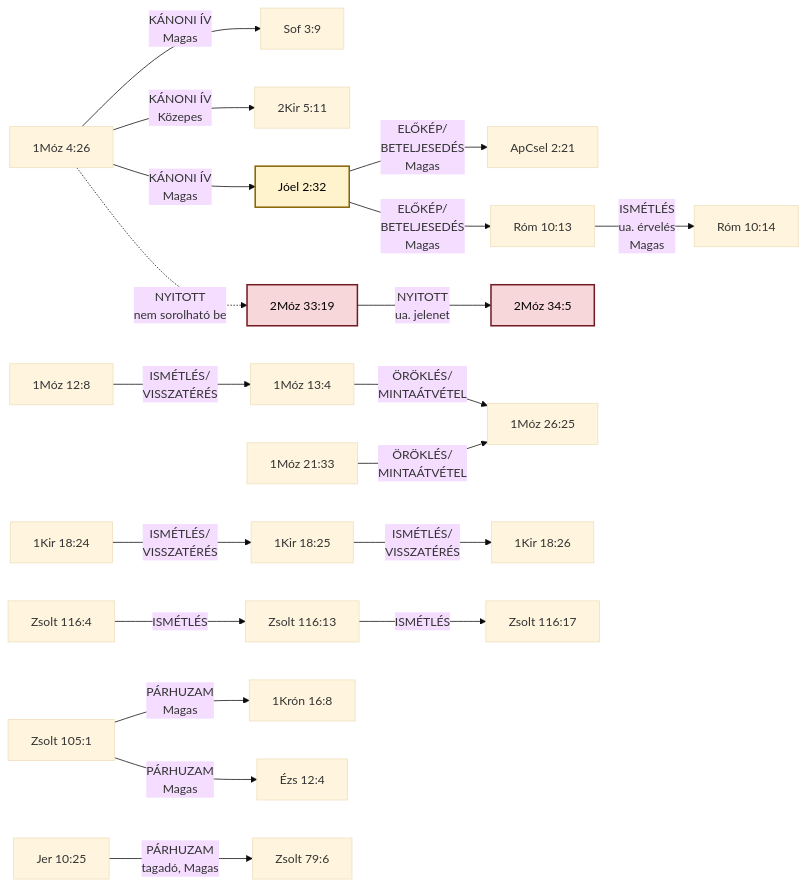
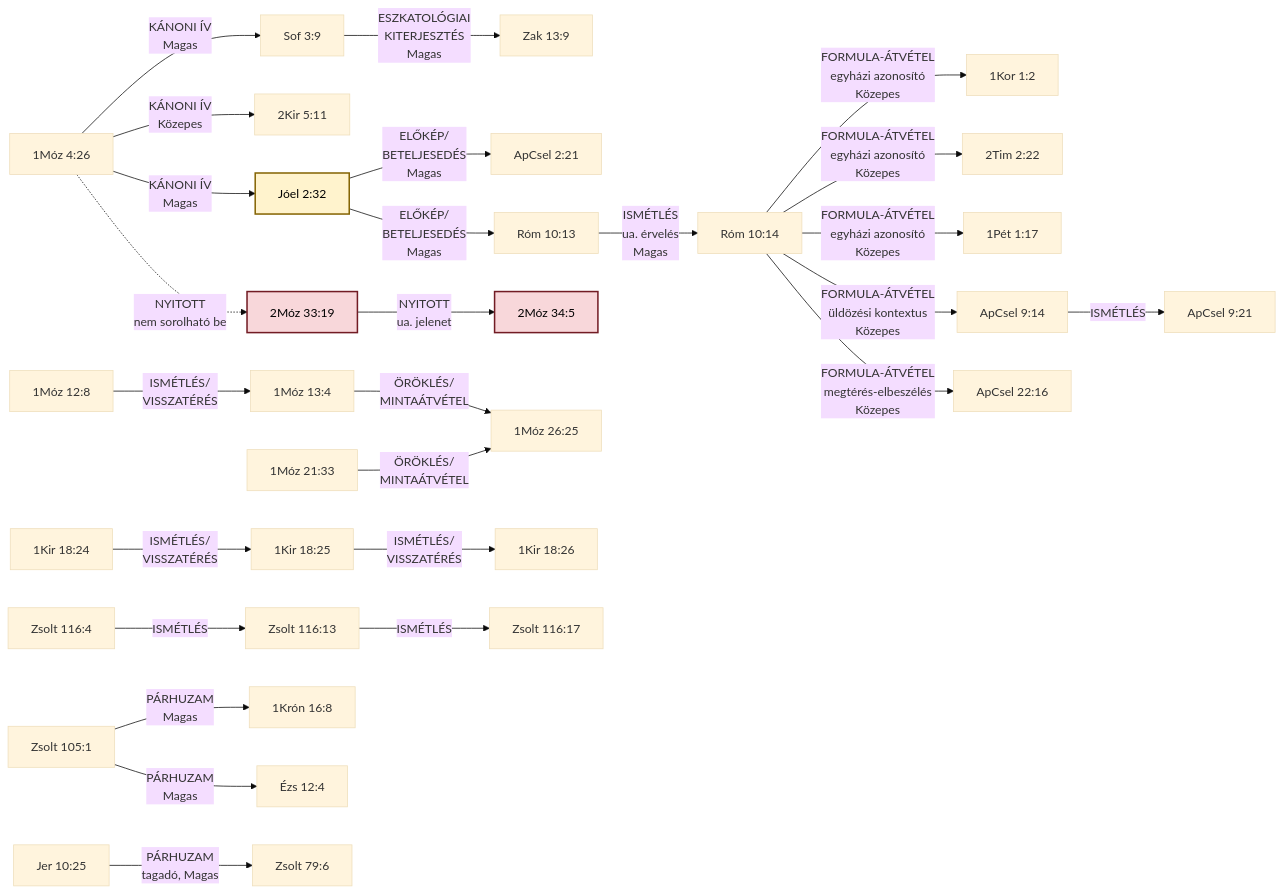
The diagram in motivumlog/lexikon_pilot/ISTENTISZT-001_TUDOMANYOS.md (basesoft777/Bible-Study), drawn with Mermaid (base theme) before and after one commit. The commit also changed other lines of this file and 1 other file, not shown here.

Commit message:
ISTENTISZT-001 lexikon-oldal: 7 új igehely (Zak 13:9 + 6 ÚSZ), D-minta dokumentálva, KAPCSOLATOK bővítve

````diff
--- a/motivumlog/lexikon_pilot/ISTENTISZT-001_TUDOMANYOS.md
+++ b/motivumlog/lexikon_pilot/ISTENTISZT-001_TUDOMANYOS.md
@@ -390,25 +417,32 @@
 ```mermaid
 graph LR
     A["1Móz 4:26"] -->|"KÁNONI ÍV<br/>Magas"| B["Sof 3:9"]
     A -->|"KÁNONI ÍV<br/>Közepes"| C["2Kir 5:11"]
     A -->|"KÁNONI ÍV<br/>Magas"| D["Jóel 2:32"]
     D -->|"ELŐKÉP/<br/>BETELJESEDÉS<br/>Magas"| E["ApCsel 2:21"]
     D -->|"ELŐKÉP/<br/>BETELJESEDÉS<br/>Magas"| F["Róm 10:13"]
     F -->|"ISMÉTLÉS<br/>ua. érvelés<br/>Magas"| X["Róm 10:14"]
     A -.->|"NYITOTT<br/>nem sorolható be"| G["2Móz 33:19"]
     G -->|"NYITOTT<br/>ua. jelenet"| H["2Móz 34:5"]
     I["1Móz 12:8"] -->|"ISMÉTLÉS/<br/>VISSZATÉRÉS"| J["1Móz 13:4"]
     J -->|"ÖRÖKLÉS/<br/>MINTAÁTVÉTEL"| K["1Móz 26:25"]
     L["1Móz 21:33"] -->|"ÖRÖKLÉS/<br/>MINTAÁTVÉTEL"| K
     M["1Kir 18:24"] -->|"ISMÉTLÉS/<br/>VISSZATÉRÉS"| N["1Kir 18:25"]
     N -->|"ISMÉTLÉS/<br/>VISSZATÉRÉS"| O["1Kir 18:26"]
     P["Zsolt 116:4"] -->|"ISMÉTLÉS"| Q["Zsolt 116:13"]
     Q -->|"ISMÉTLÉS"| R["Zsolt 116:17"]
     S["Zsolt 105:1"] -->|"PÁRHUZAM<br/>Magas"| T["1Krón 16:8"]
     S -->|"PÁRHUZAM<br/>Magas"| U["Ézs 12:4"]
     V["Jer 10:25"] -->|"PÁRHUZAM<br/>tagadó, Magas"| W["Zsolt 79:6"]
+    B -->|"ESZKATOLÓGIAI<br/>KITERJESZTÉS<br/>Magas"| YY["Zak 13:9"]
+    X -->|"FORMULA-ÁTVÉTEL<br/>egyházi azonosító<br/>Közepes"| AA["1Kor 1:2"]
+    X -->|"FORMULA-ÁTVÉTEL<br/>egyházi azonosító<br/>Közepes"| BB["2Tim 2:22"]
+    X -->|"FORMULA-ÁTVÉTEL<br/>egyházi azonosító<br/>Közepes"| CC["1Pét 1:17"]
+    X -->|"FORMULA-ÁTVÉTEL<br/>üldözési kontextus<br/>Közepes"| DD["ApCsel 9:14"]
+    DD -->|"ISMÉTLÉS"| EE["ApCsel 9:21"]
+    X -->|"FORMULA-ÁTVÉTEL<br/>megtérés-elbeszélés<br/>Közepes"| FF["ApCsel 22:16"]
 
     style D fill:#fff3cd,stroke:#856404,stroke-width:2px,color:#000000
     style G fill:#f8d7da,stroke:#721c24,stroke-width:2px,color:#000000
     style H fill:#f8d7da,stroke:#721c24,stroke-width:2px,color:#000000
 ```
````
